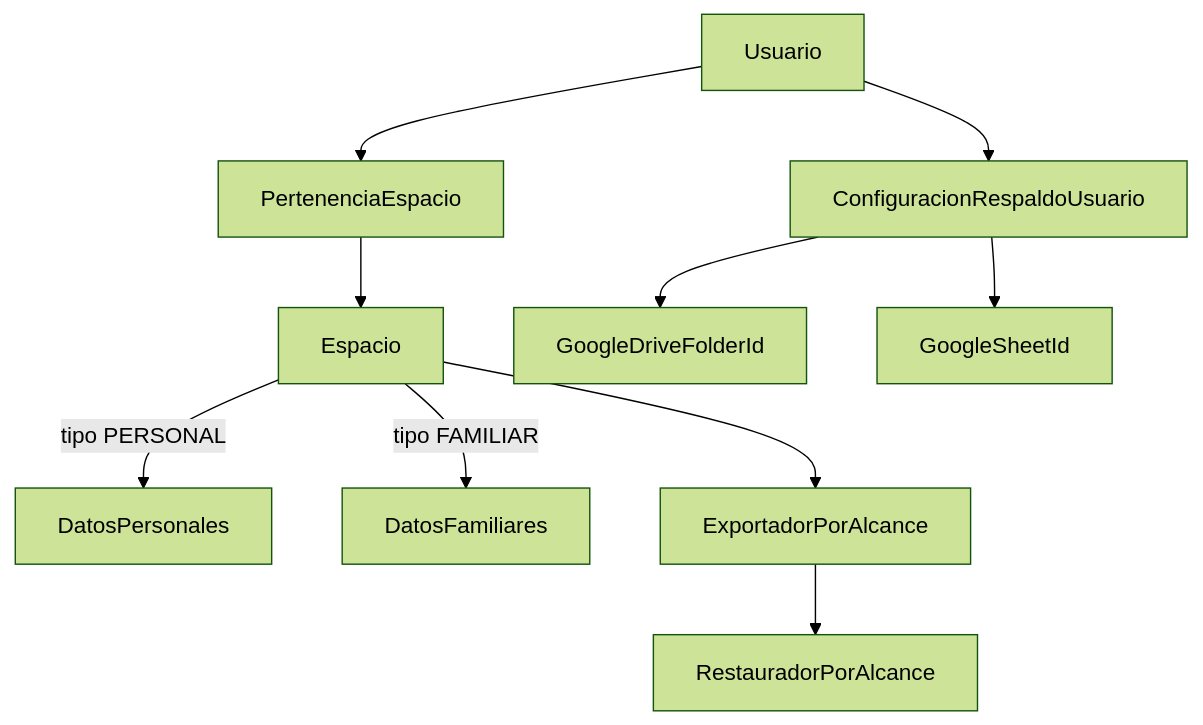
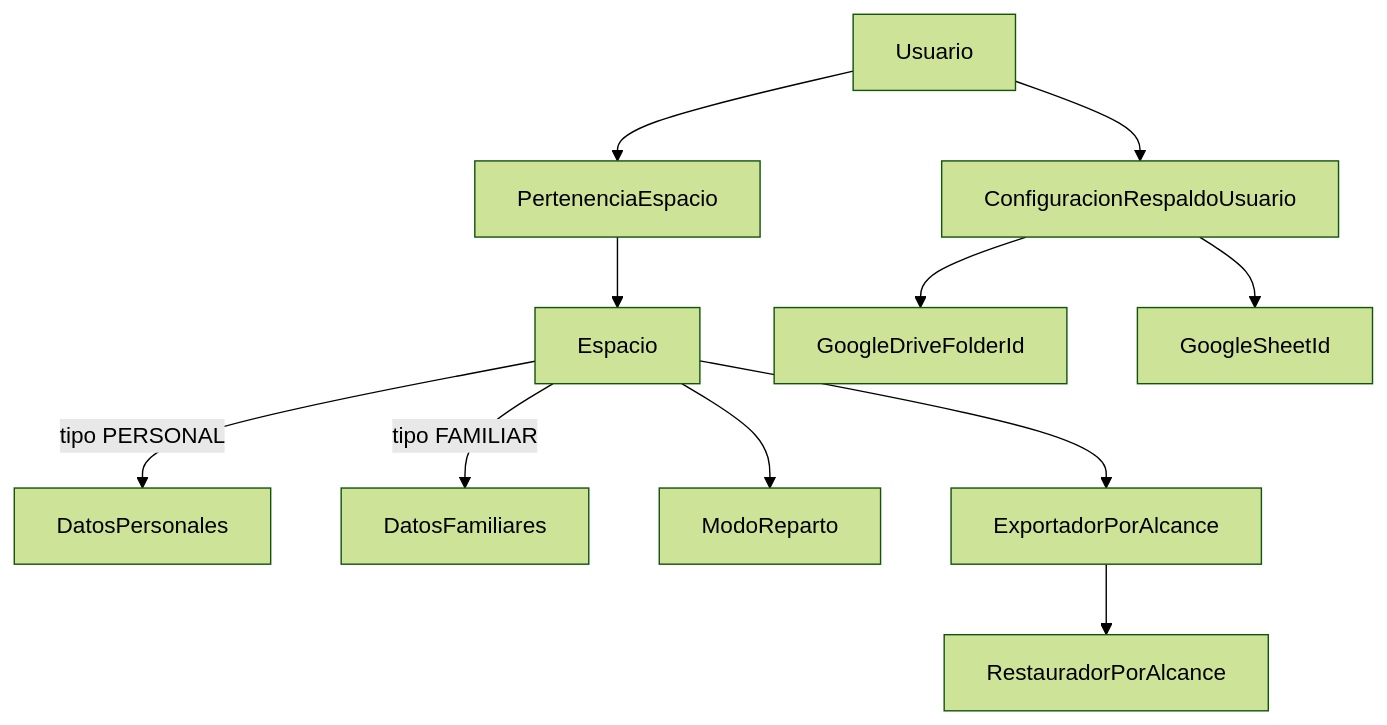
Before and after one commit to JaimeHernandezE/finanzas_app: the diagram in finanzas_app/docs/PLAN-MULTITENANT-Y-ENTORNO-A-B.md, drawn with Mermaid (forest theme). The commit also changed other lines of this file, not shown here.

````diff
--- a/finanzas_app/docs/PLAN-MULTITENANT-Y-ENTORNO-A-B.md
+++ b/finanzas_app/docs/PLAN-MULTITENANT-Y-ENTORNO-A-B.md
@@ -37,12 +64,13 @@
 ```mermaid
 flowchart TD
     user[Usuario] --> membership[PertenenciaEspacio]
     membership --> espacio[Espacio]
     espacio -->|tipo PERSONAL| personalData[DatosPersonales]
     espacio -->|tipo FAMILIAR| familiarData[DatosFamiliares]
+    espacio --> reparto[ModoReparto]
     user --> backupConfig[ConfiguracionRespaldoUsuario]
     backupConfig --> driveTarget[GoogleDriveFolderId]
     backupConfig --> sheetTarget[GoogleSheetId]
     espacio --> backupJob[ExportadorPorAlcance]
     backupJob --> restoreJob[RestauradorPorAlcance]
 ```
````
